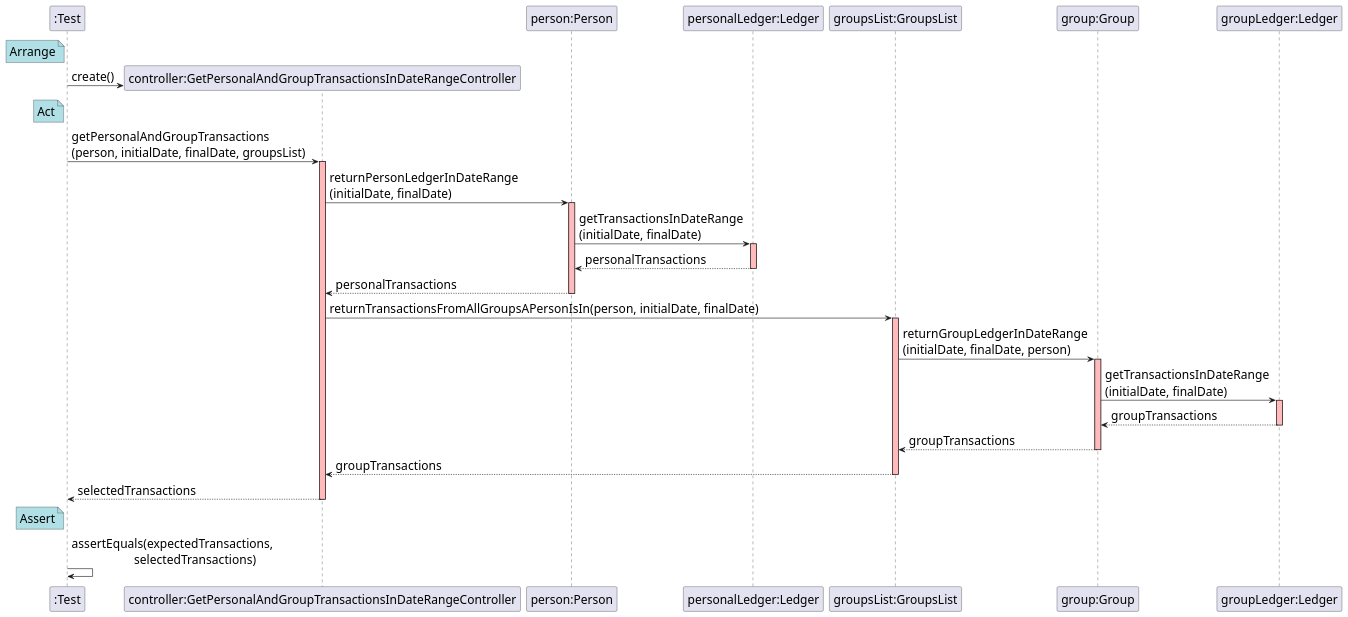
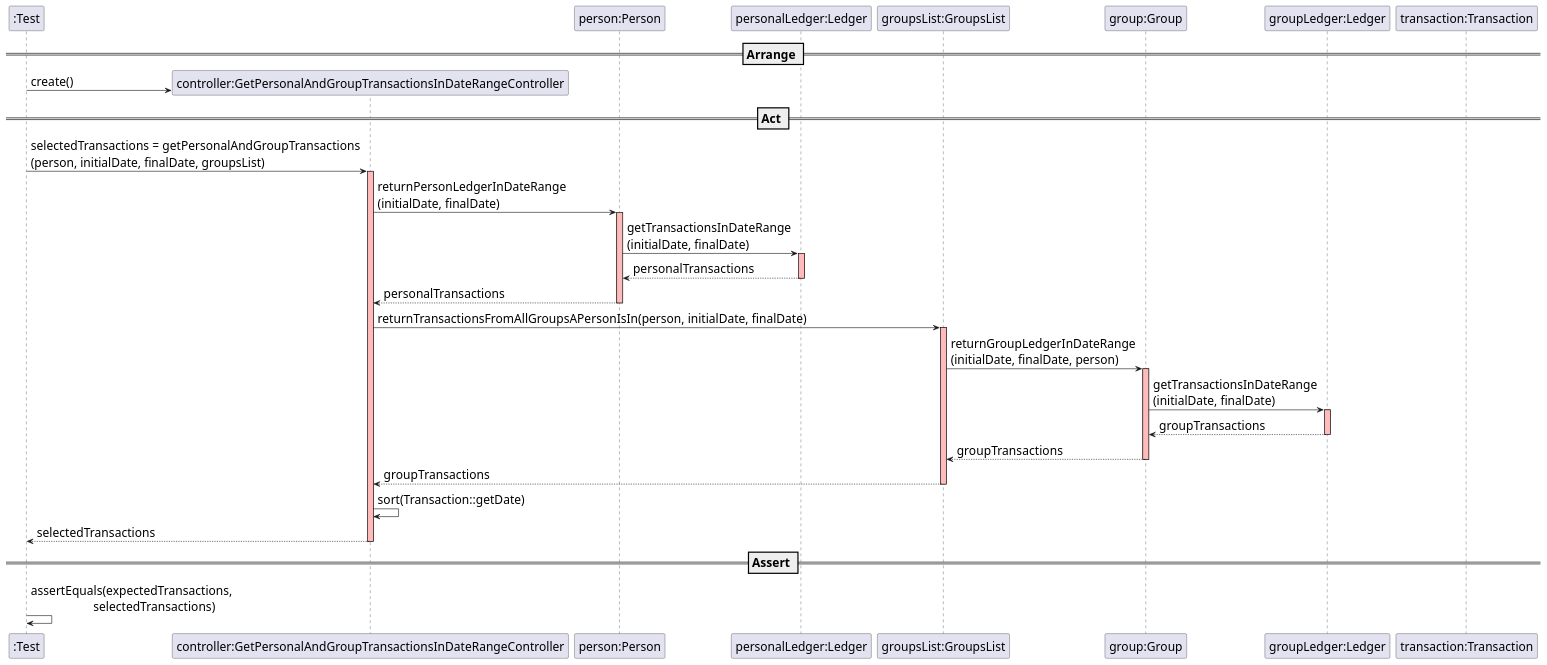
The diagram in docs/SequenceDiagram - US019.puml (mleitaoribeiro/DevOpsMaven), drawn with PlantUML before and after one commit.

Commit message:
ref #411

```diff
--- a/docs/SequenceDiagram - US019.puml
+++ b/docs/SequenceDiagram - US019.puml
@@ -1,55 +1,50 @@
 @startuml
 skinparam DefaultFontSize 20
 participant ":Test"
-note left of ":Test" #powderblue
-	Arrange
-end note
+== Arrange ==
 
 create "controller:GetPersonalAndGroupTransactionsInDateRangeController"
 ":Test" -> "controller:GetPersonalAndGroupTransactionsInDateRangeController" : create()
 
 participant "person:Person"
 participant "personalLedger:Ledger"
 participant "groupsList:GroupsList"
 participant "group:Group"
 participant "groupLedger:Ledger"
+participant "transaction:Transaction"
 
-note left of ":Test" #powderblue
-	Act
-end note
+== Act ==
 
-":Test" -> "controller:GetPersonalAndGroupTransactionsInDateRangeController" : getPersonalAndGroupTransactions\n(person, initialDate, finalDate, groupsList)
+":Test" -> "controller:GetPersonalAndGroupTransactionsInDateRangeController" : selectedTransactions = getPersonalAndGroupTransactions\n(person, initialDate, finalDate, groupsList)
 activate "controller:GetPersonalAndGroupTransactionsInDateRangeController" #FFBBBB
 
 "controller:GetPersonalAndGroupTransactionsInDateRangeController" -> "person:Person" : returnPersonLedgerInDateRange\n(initialDate, finalDate)
 activate "person:Person" #FFBBBB
 "person:Person" -> "personalLedger:Ledger" : getTransactionsInDateRange\n(initialDate, finalDate)
 activate "personalLedger:Ledger" #FFBBBB
 "personalLedger:Ledger" --> "person:Person" : personalTransactions
 deactivate "personalLedger:Ledger" #FFBBBB
 "person:Person" --> "controller:GetPersonalAndGroupTransactionsInDateRangeController" : personalTransactions
 deactivate "person:Person"
 
 "controller:GetPersonalAndGroupTransactionsInDateRangeController" -> "groupsList:GroupsList" : returnTransactionsFromAllGroupsAPersonIsIn(person, initialDate, finalDate)
 activate "groupsList:GroupsList" #FFBBBB
 "groupsList:GroupsList" -> "group:Group" : returnGroupLedgerInDateRange\n(initialDate, finalDate, person)
 activate "group:Group" #FFBBBB
 "group:Group" -> "groupLedger:Ledger" : getTransactionsInDateRange\n(initialDate, finalDate)
 activate "groupLedger:Ledger" #FFBBBB
 "groupLedger:Ledger" --> "group:Group" : groupTransactions
 deactivate "groupLedger:Ledger" #FFBBBB
 "group:Group" --> "groupsList:GroupsList" : groupTransactions
 deactivate "group:Group"
 "groupsList:GroupsList" --> "controller:GetPersonalAndGroupTransactionsInDateRangeController" : groupTransactions
 deactivate "groupsList:GroupsList"
-
+"controller:GetPersonalAndGroupTransactionsInDateRangeController" -> "controller:GetPersonalAndGroupTransactionsInDateRangeController": sort(Transaction::getDate)
 "controller:GetPersonalAndGroupTransactionsInDateRangeController" --> ":Test" : selectedTransactions
 deactivate "controller:GetPersonalAndGroupTransactionsInDateRangeController" #FFBBBB
 
-note left of ":Test" #powderblue
-	Assert
-end note
+== Assert ==
 
 ":Test" -> ":Test" : assertEquals(expectedTransactions, \n                    selectedTransactions)
 
 @enduml
```
